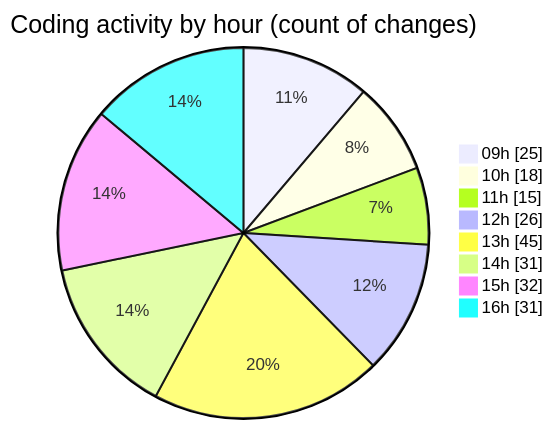
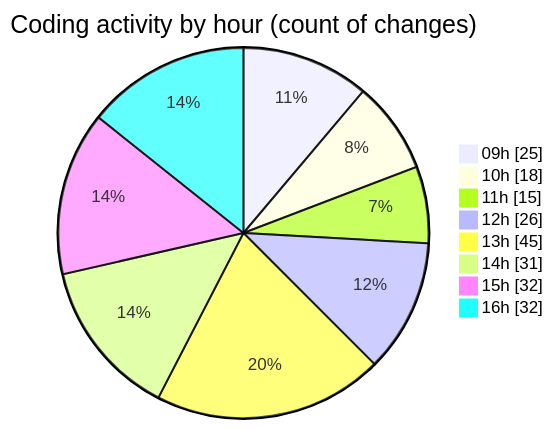
The second of 2 diagrams in 2025-03-13/cda/README.md (momahboobian/code-tracking), drawn with Mermaid before and after one commit. The commit also changed other lines of this file and 1 other file, not shown here.

````diff
--- a/2025-03-13/cda/README.md
+++ b/2025-03-13/cda/README.md
@@ -44,12 +44,12 @@
 ```mermaid
 pie showData
 title Coding activity by hour (count of changes)
 "09h" : 25
 "10h" : 18
 "11h" : 15
 "12h" : 26
 "13h" : 45
 "14h" : 31
 "15h" : 32
-"16h" : 31
+"16h" : 32
 ```
````
